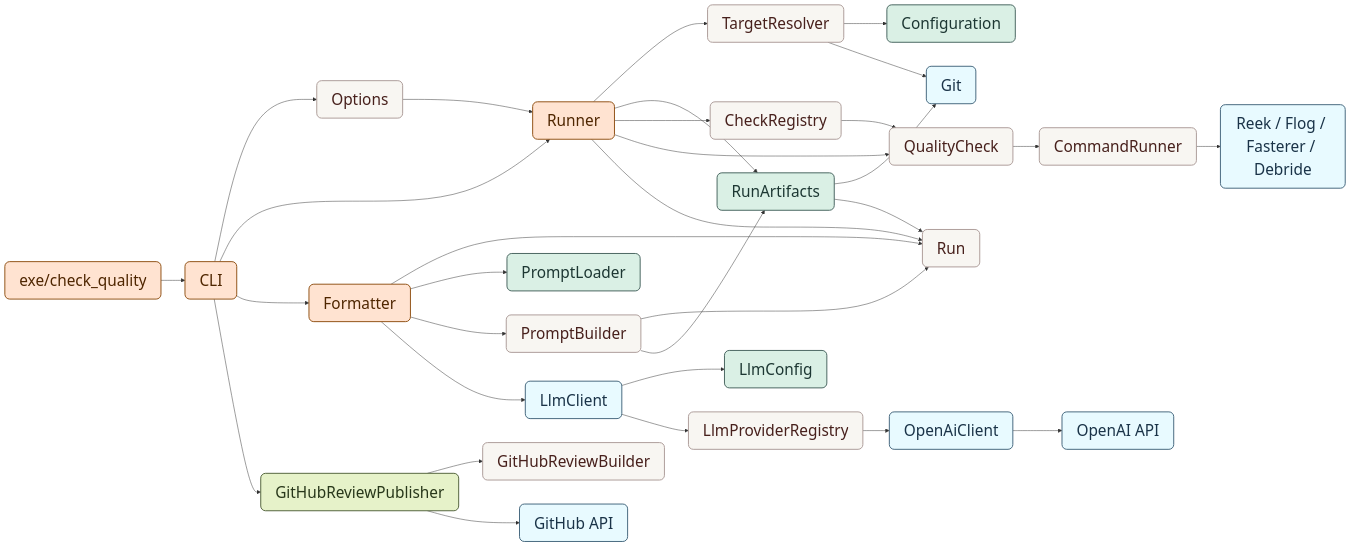
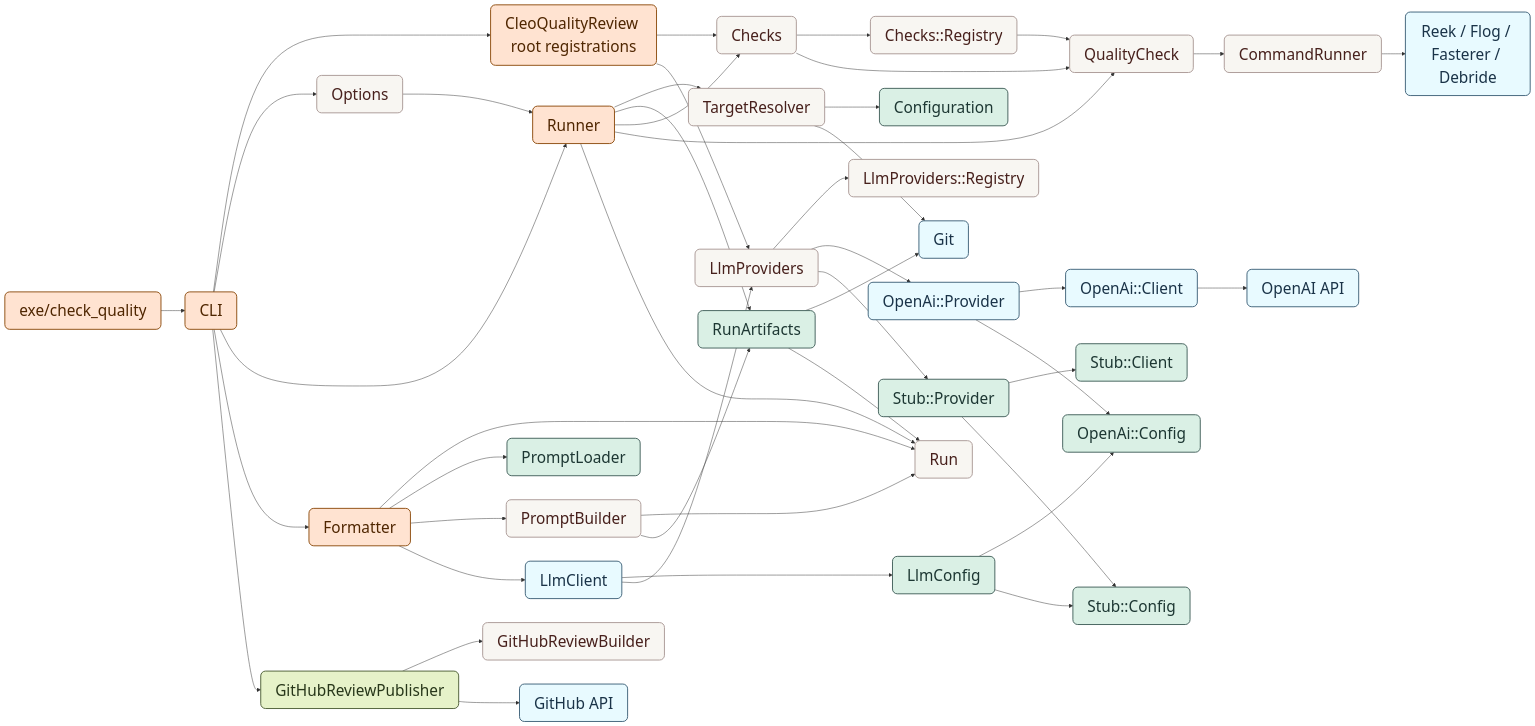
The diagram in README.md (meetcleo/cleo-quality-review), drawn with Mermaid before and after one commit.

Commit message:
Update architecture diagram for LLM providers

````diff
--- a/README.md
+++ b/README.md
@@ -126,45 +126,58 @@
 ```mermaid
 %%{init: {"themeVariables": {"fontSize": "32px"}}}%%
 flowchart LR
     Executable["exe/check_quality"]:::accent --> CLI["CLI"]:::accent
+    CLI --> RootRegistrations["CleoQualityReview root registrations"]:::accent
+    RootRegistrations --> ChecksModule["Checks"]:::rounded
+    RootRegistrations --> LlmProvidersModule["LlmProviders"]:::rounded
     CLI --> Options["Options"]:::rounded
     CLI --> Runner["Runner"]:::accent
     CLI --> Formatter["Formatter"]:::accent
     CLI --> GitHubReviewPublisher["GitHubReviewPublisher"]:::positive
     Options --> Runner
 
     Runner --> TargetResolver["TargetResolver"]:::rounded
     TargetResolver --> Configuration["Configuration"]:::neutral
     TargetResolver --> Git["Git"]:::info
     Runner --> RunArtifacts["RunArtifacts"]:::neutral
     RunArtifacts --> Git
 
-    Runner --> CheckRegistry["CheckRegistry"]:::rounded
-    CheckRegistry --> QualityCheck["QualityCheck"]:::rounded
+    Runner --> ChecksModule
+    ChecksModule --> ChecksRegistry["Checks::Registry"]:::rounded
+    ChecksModule --> QualityCheck["QualityCheck"]:::rounded
+    ChecksRegistry --> QualityCheck
     Runner --> QualityCheck
     QualityCheck --> CommandRunner["CommandRunner"]:::rounded
     CommandRunner --> Tools["Reek / Flog / Fasterer / Debride"]:::info
 
     RunArtifacts --> Run["Run"]:::rounded
     Runner --> Run
 
     Formatter --> Run
     Formatter --> PromptLoader["PromptLoader"]:::neutral
     Formatter --> PromptBuilder["PromptBuilder"]:::rounded
     PromptBuilder --> Run
     PromptBuilder --> RunArtifacts
     Formatter --> LlmClient["LlmClient"]:::info
     LlmClient --> LlmConfig["LlmConfig"]:::neutral
-    LlmClient --> LlmProviderRegistry["LlmProviderRegistry"]:::rounded
-    LlmProviderRegistry --> OpenAiClient["OpenAiClient"]:::info
+    LlmClient --> LlmProvidersModule
+    LlmProvidersModule --> LlmProvidersRegistry["LlmProviders::Registry"]:::rounded
+    LlmProvidersModule --> OpenAiProvider["OpenAi::Provider"]:::info
+    LlmProvidersModule --> StubProvider["Stub::Provider"]:::neutral
+    LlmConfig --> OpenAiConfig["OpenAi::Config"]:::neutral
+    LlmConfig --> StubConfig["Stub::Config"]:::neutral
+    OpenAiProvider --> OpenAiClient["OpenAi::Client"]:::info
+    OpenAiProvider --> OpenAiConfig
     OpenAiClient --> OpenAI["OpenAI API"]:::info
+    StubProvider --> StubClient["Stub::Client"]:::neutral
+    StubProvider --> StubConfig
 
     GitHubReviewPublisher --> GitHubReviewBuilder["GitHubReviewBuilder"]:::rounded
     GitHubReviewPublisher --> GitHubAPI["GitHub API"]:::info
 
     classDef rounded fill:#F8F6F2,stroke:#AC9B98,stroke-width:2px,color:#47201C,rx:10,ry:10
     classDef positive fill:#E6F2C9,stroke:#51623A,stroke-width:2px,color:#28371A,rx:10,ry:10
     classDef info fill:#E8FAFF,stroke:#42657C,stroke-width:2px,color:#1A3348,rx:10,ry:10
     classDef accent fill:#FFE3D1,stroke:#905013,stroke-width:2px,color:#4F2600,rx:10,ry:10
     classDef neutral fill:#DAF0E5,stroke:#46635E,stroke-width:2px,color:#1D3733,rx:10,ry:10
 ```
````
